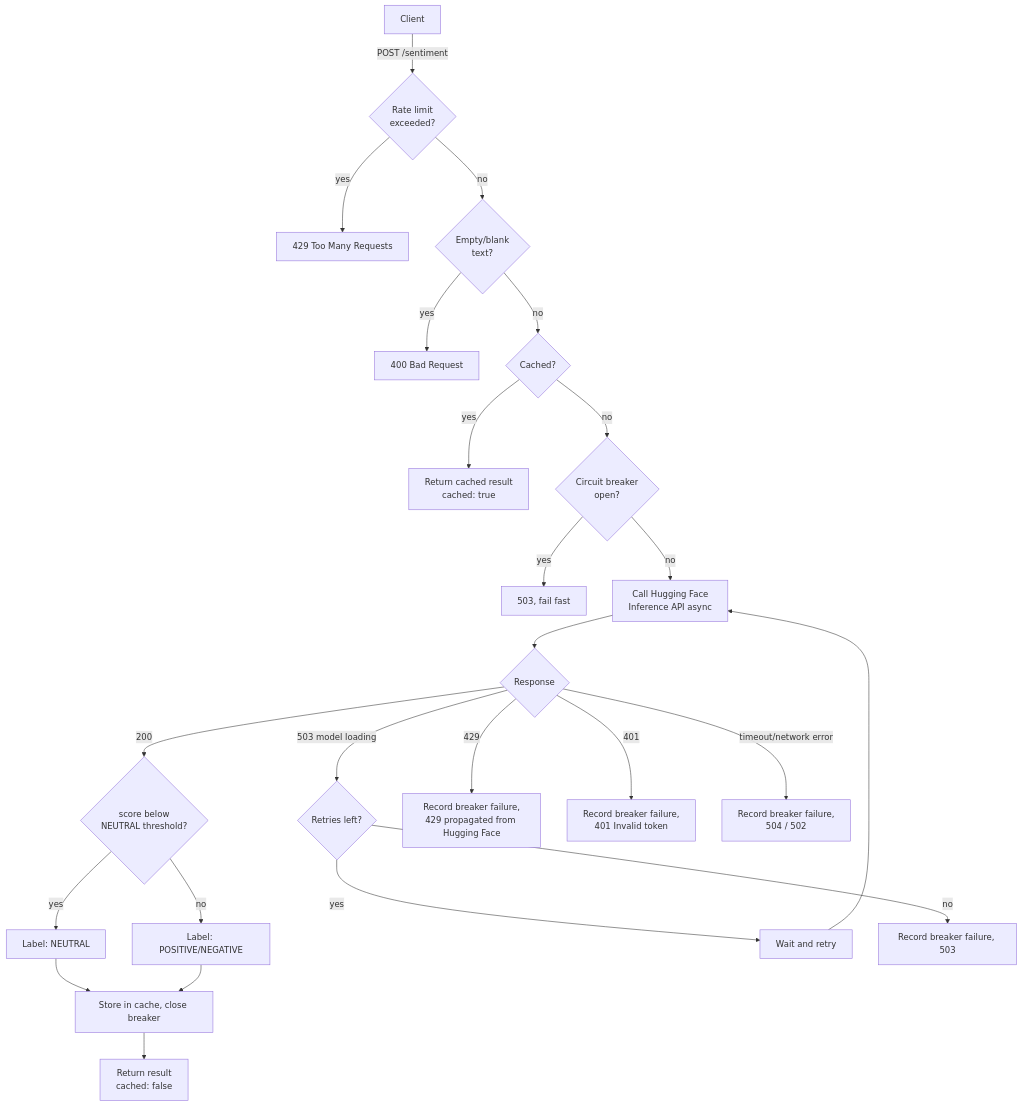
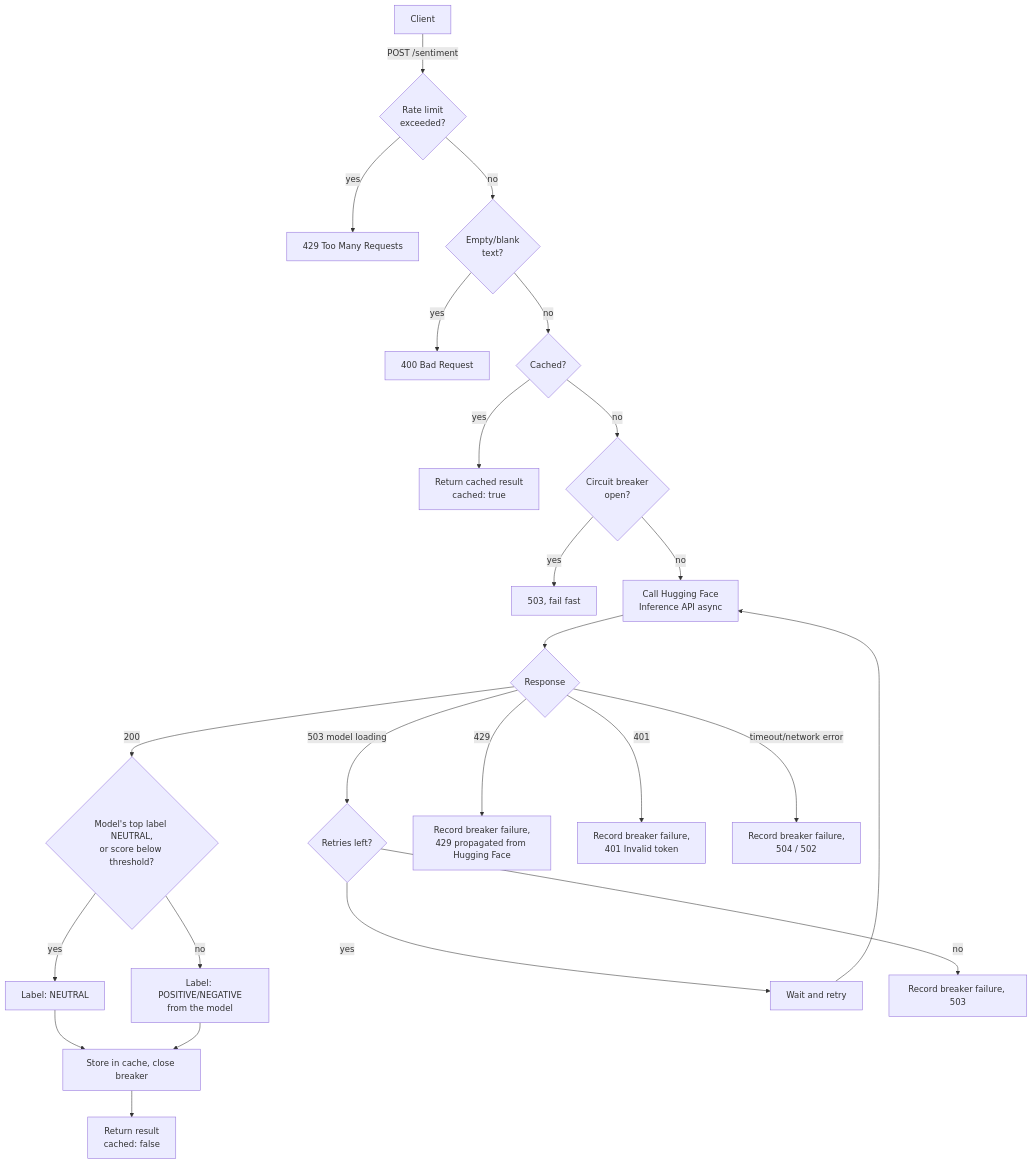
One commit to ricardomb-tech/reto-02 changed the third of 7 diagrams in docs/ARCHITECTURE.md. Above: the diagram before and after it, drawn with Mermaid. The commit also changed other lines of this file and 19 other files, not shown here.

````diff
--- a/docs/ARCHITECTURE.md
+++ b/docs/ARCHITECTURE.md
@@ -118,26 +120,26 @@
 ```mermaid
 flowchart TD
     A[Client] -->|POST /sentiment| B{Rate limit<br/>exceeded?}
     B -- yes --> C[429 Too Many Requests]
     B -- no --> D{Empty/blank<br/>text?}
     D -- yes --> E[400 Bad Request]
     D -- no --> F{Cached?}
     F -- yes --> G[Return cached result<br/>cached: true]
     F -- no --> BR{Circuit breaker<br/>open?}
     BR -- yes --> BO[503, fail fast]
     BR -- no --> H[Call Hugging Face<br/>Inference API async]
     H --> I{Response}
-    I -- 200 --> S{score below<br/>NEUTRAL threshold?}
+    I -- 200 --> S{Model's top label NEUTRAL,<br/>or score below threshold?}
     S -- yes --> N1[Label: NEUTRAL]
-    S -- no --> N2[Label: POSITIVE/NEGATIVE]
+    S -- no --> N2[Label: POSITIVE/NEGATIVE<br/>from the model]
     N1 --> J[Store in cache, close breaker]
     N2 --> J
     J --> K[Return result<br/>cached: false]
     I -- 503 model loading --> L{Retries left?}
     L -- yes --> M[Wait and retry]
     M --> H
     L -- no --> N[Record breaker failure, 503]
     I -- 429 --> O[Record breaker failure,<br/>429 propagated from Hugging Face]
     I -- 401 --> P[Record breaker failure,<br/>401 Invalid token]
     I -- timeout/network error --> Q[Record breaker failure,<br/>504 / 502]
 ```
````
